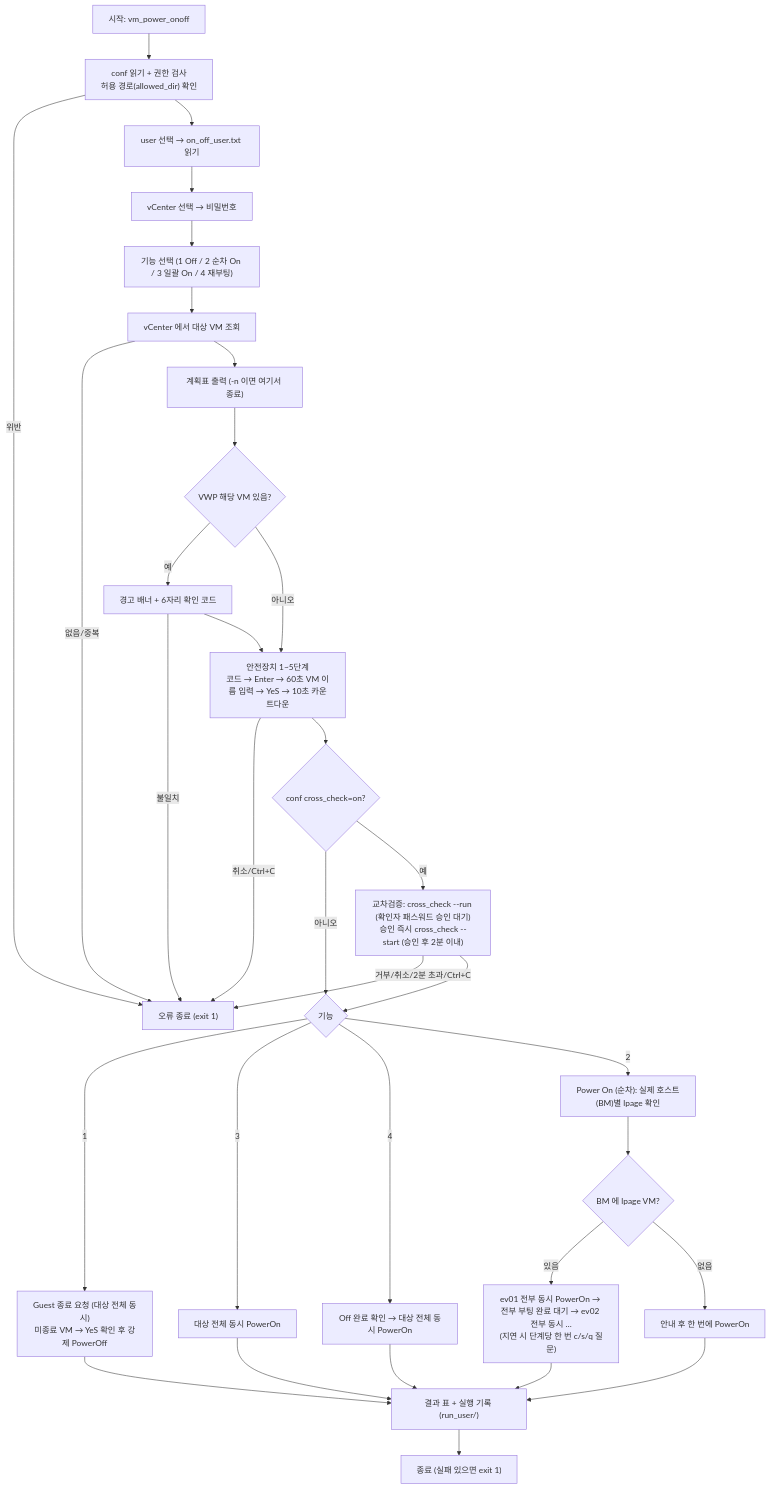
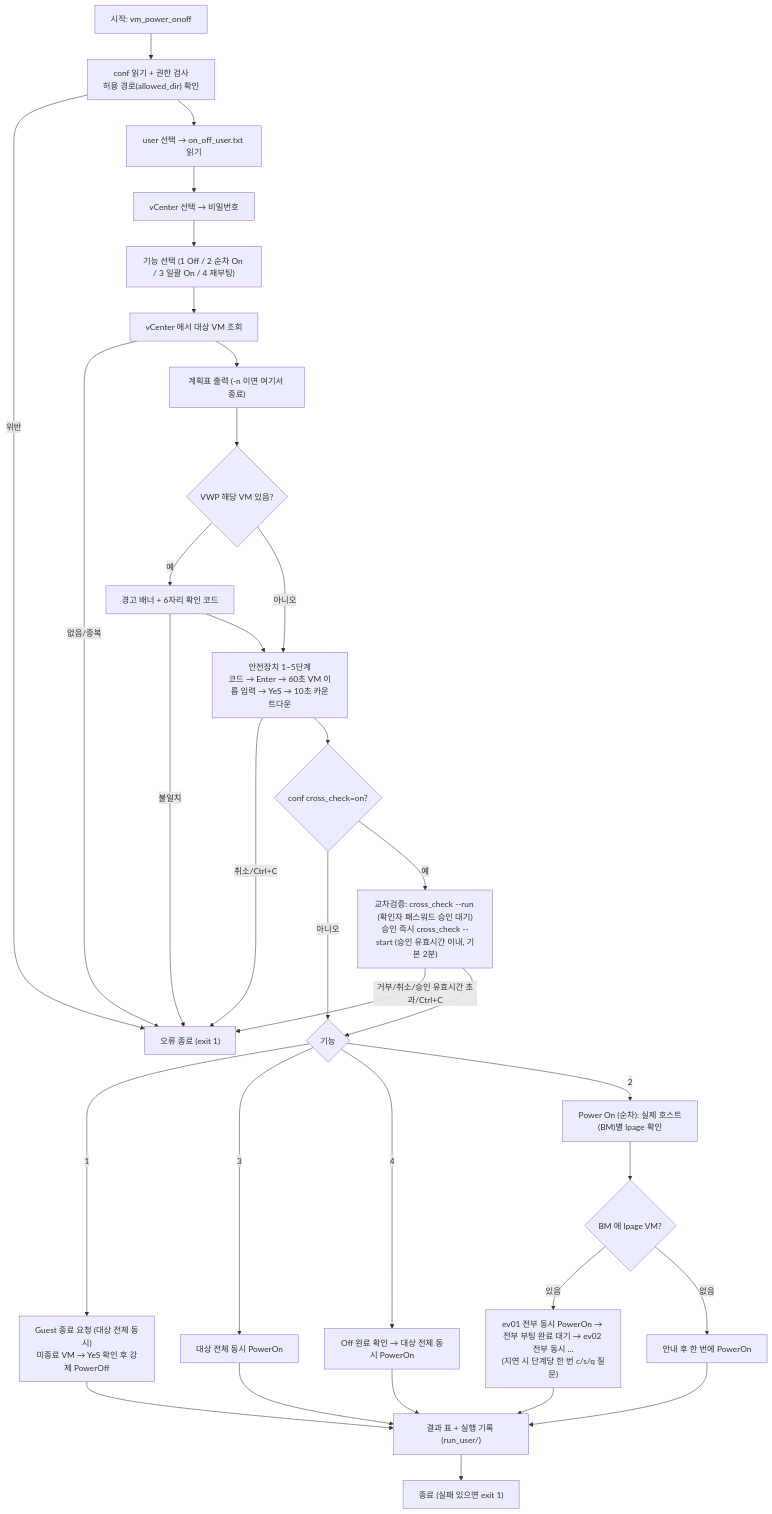
Before and after one commit to qazx2675/myrepo: the diagram in .claude/VM/power_onoff/WORKFLOW.md, drawn with Mermaid. The commit also changed other lines of this file and 27 other files, not shown here.

First line of the commit message:
feat(VM/power_onoff): cross_check 승인 유효시간 설정화(approval_ttl_sec) 및 수동 테스트용 playground

````diff
--- a/.claude/VM/power_onoff/WORKFLOW.md
+++ b/.claude/VM/power_onoff/WORKFLOW.md
@@ -5,35 +5,35 @@
 ```mermaid
 flowchart TD
     A["시작: vm_power_onoff"] --> B["conf 읽기 + 권한 검사<br/>허용 경로(allowed_dir) 확인"]
     B -->|위반| X["오류 종료 (exit 1)"]
     B --> C["user 선택 → on_off_user.txt 읽기"]
     C --> D["vCenter 선택 → 비밀번호"]
     D --> E["기능 선택 (1 Off / 2 순차 On / 3 일괄 On / 4 재부팅)"]
     E --> F["vCenter 에서 대상 VM 조회"]
     F -->|없음/중복| X
     F --> G["계획표 출력 (-n 이면 여기서 종료)"]
     G --> H{"VWP 해당 VM 있음?"}
     H -->|예| I["경고 배너 + 6자리 확인 코드"]
     H -->|아니오| J
     I -->|불일치| X
     I --> J["안전장치 1~5단계<br/>코드 → Enter → 60초 VM 이름 입력 → YeS → 10초 카운트다운"]
     J -->|취소/Ctrl+C| X
     J --> CC{"conf cross_check=on?"}
     CC -->|아니오| K{"기능"}
-    CC -->|예| CG["교차검증: cross_check --run (확인자 패스워드 승인 대기)<br/>승인 즉시 cross_check --start (승인 후 2분 이내)"]
-    CG -->|"거부/취소/2분 초과/Ctrl+C"| X
+    CC -->|예| CG["교차검증: cross_check --run (확인자 패스워드 승인 대기)<br/>승인 즉시 cross_check --start (승인 유효시간 이내, 기본 2분)"]
+    CG -->|"거부/취소/승인 유효시간 초과/Ctrl+C"| X
     CG --> K
     K -->|1| L1["Guest 종료 요청 (대상 전체 동시)<br/>미종료 VM → YeS 확인 후 강제 PowerOff"]
     K -->|3| L3["대상 전체 동시 PowerOn"]
     K -->|4| L4["Off 완료 확인 → 대상 전체 동시 PowerOn"]
     K -->|2| L2["Power On (순차): 실제 호스트(BM)별 lpage 확인"]
     L2 --> M{"BM 에 lpage VM?"}
     M -->|있음| N["ev01 전부 동시 PowerOn → 전부 부팅 완료 대기 → ev02 전부 동시 …<br/>(지연 시 단계당 한 번 c/s/q 질문)"]
     M -->|없음| O["안내 후 한 번에 PowerOn"]
     L1 --> R
     L3 --> R
     L4 --> R
     N --> R
     O --> R["결과 표 + 실행 기록 (run_user/)"]
     R --> S["종료 (실패 있으면 exit 1)"]
 ```
````
